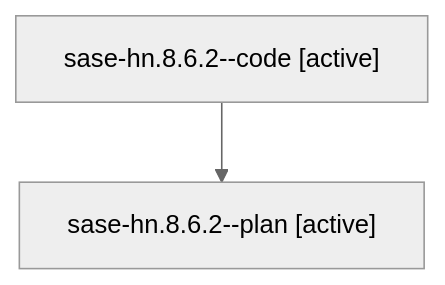
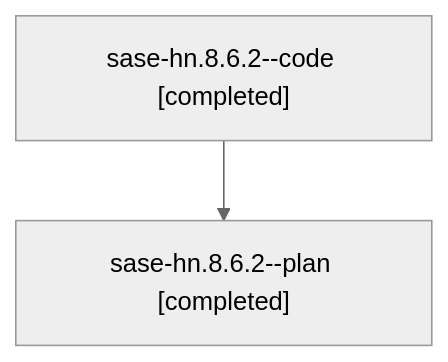
Before and after one commit to sase-org/sase--agents: the diagram in families/bbugyi200.athena.sase-hn.8.6.2.md, drawn with Mermaid (neutral theme). The commit also changed other lines of this file and 297 other files, not shown here.

````diff
--- a/families/bbugyi200.athena.sase-hn.8.6.2.md
+++ b/families/bbugyi200.athena.sase-hn.8.6.2.md
@@ -9,6 +9,6 @@
 ```mermaid
 flowchart TD
-  n0["sase-hn.8.6.2--code [active]"]
-  n1["sase-hn.8.6.2--plan [active]"]
+  n0["sase-hn.8.6.2--code [completed]"]
+  n1["sase-hn.8.6.2--plan [completed]"]
   n0 --> n1
 ```
````
